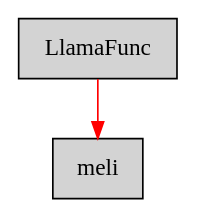
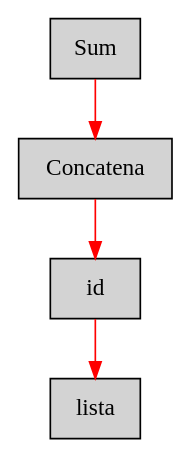
One commit to k12melissalima09sandoval/Proyecto changed the diagram in AstConsola.dot. Above: the diagram before and after it, drawn with Graphviz. The commit also changed 8 other files, not shown here.

```diff
--- a/AstConsola.dot
+++ b/AstConsola.dot
@@ -1,5 +1,7 @@
 digraph G {node[shape=box, style=filled]; edge[color=red]
-node1106635228[label="LlamaFunc"];
- node1106635228->node1728413425;node1728413425[label="meli"];
+node438424779[label="Sum"];
+ node438424779->node564724532;node564724532[label="Concatena"];
+ node564724532->node1289068048;node1289068048[label="id"];
+ node1289068048->node733328916;node733328916[label="lista"];
 
 }
```
